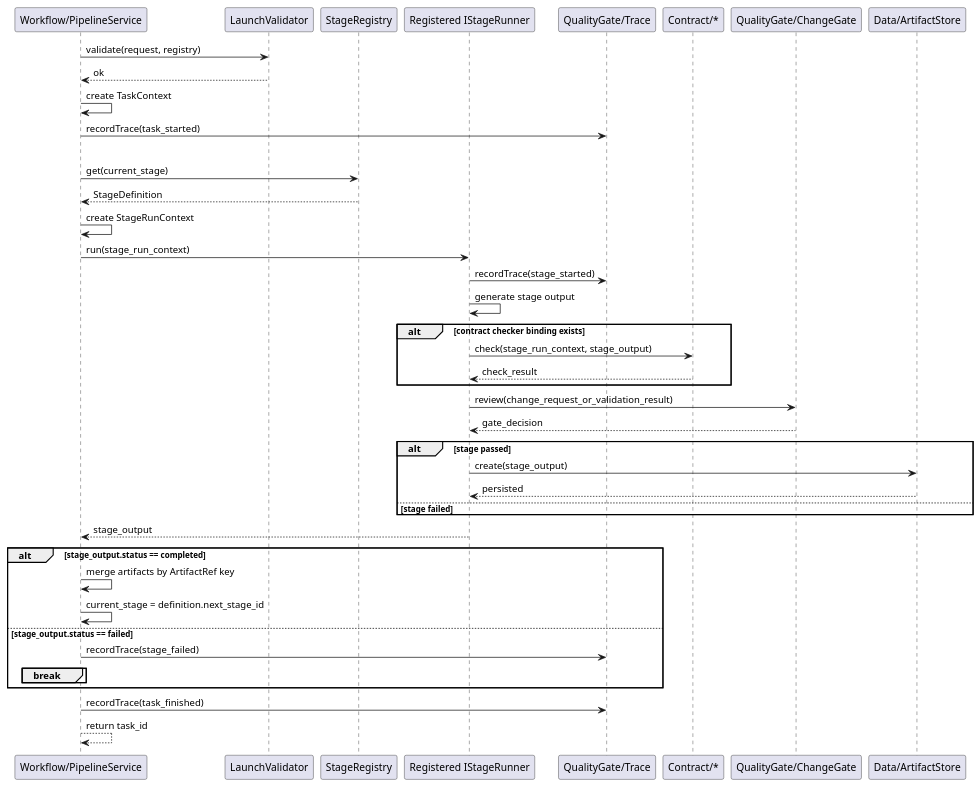
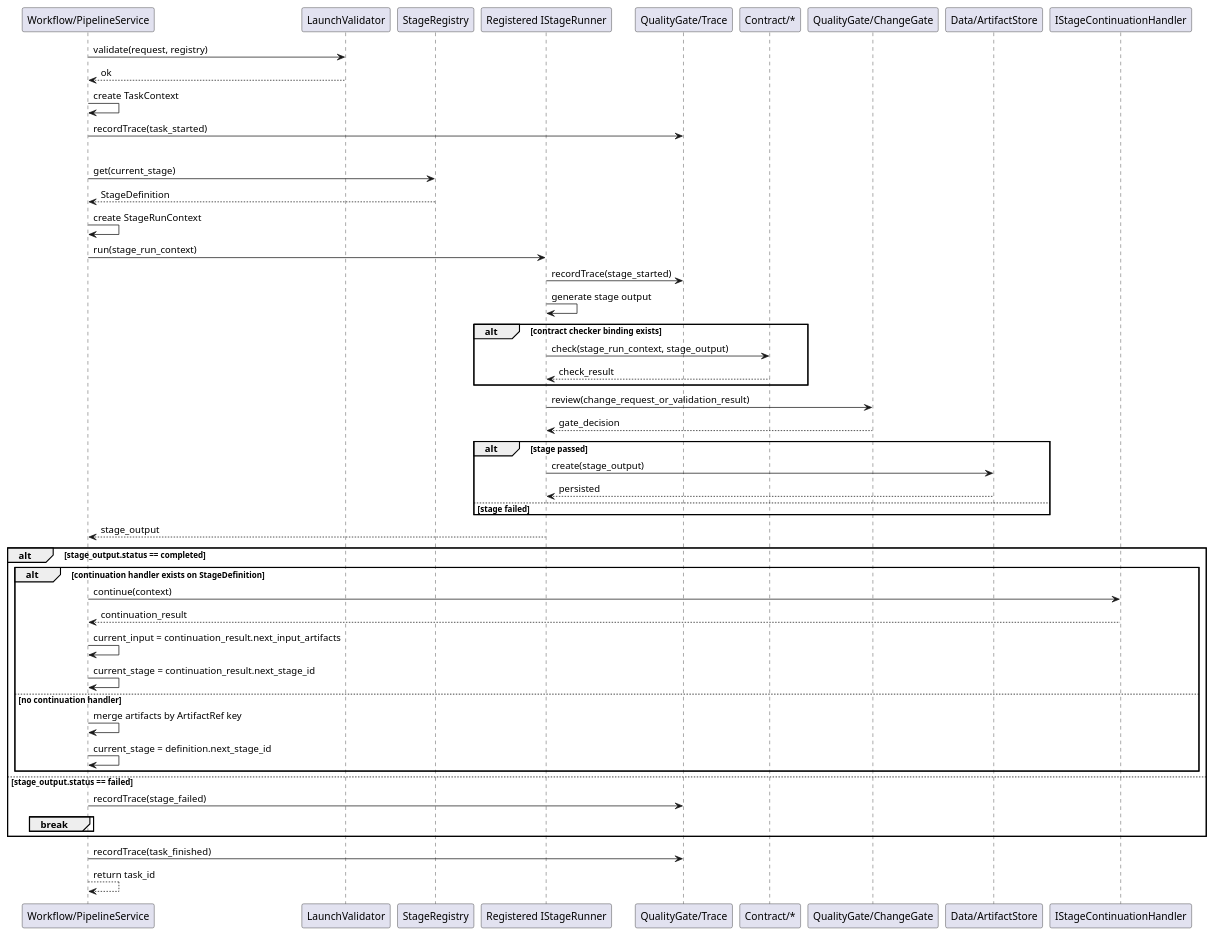
One commit to lucky-chen/ai_workflow_travel changed the third of 5 diagrams in meta_layer/docs/design_docs/Workflow/Pipeline.md. Above: the diagram before and after it, drawn with PlantUML. The commit also changed other lines of this file and 10 other files, not shown here.

First line of the commit message:
[AI] gpt-5.4: add stage-defined pipeline continuation

````diff
--- a/meta_layer/docs/design_docs/Workflow/Pipeline.md
+++ b/meta_layer/docs/design_docs/Workflow/Pipeline.md
@@ -258,51 +259,58 @@
 ```plantuml
 @startuml
 participant PipelineService as "Workflow/PipelineService"
 participant LaunchValidator
 participant StageRegistry
 participant IStageRunner as "Registered IStageRunner"
 participant ITraceRecorder as "QualityGate/Trace"
 participant IContractChecker as "Contract/*"
 participant IChangeGate as "QualityGate/ChangeGate"
 participant IArtifactStore as "Data/ArtifactStore"
 
 PipelineService -> LaunchValidator: validate(request, registry)
 LaunchValidator --> PipelineService: ok
 PipelineService -> PipelineService: create TaskContext
 PipelineService -> ITraceRecorder: recordTrace(task_started)
 
 loop for each stage
   PipelineService -> StageRegistry: get(current_stage)
   StageRegistry --> PipelineService: StageDefinition
   PipelineService -> PipelineService: create StageRunContext
   PipelineService -> IStageRunner: run(stage_run_context)
   IStageRunner -> ITraceRecorder: recordTrace(stage_started)
   IStageRunner -> IStageRunner: generate stage output
   alt contract checker binding exists
     IStageRunner -> IContractChecker: check(stage_run_context, stage_output)
     IContractChecker --> IStageRunner: check_result
   end
   IStageRunner -> IChangeGate: review(change_request_or_validation_result)
   IChangeGate --> IStageRunner: gate_decision
 
   alt stage passed
   IStageRunner -> IArtifactStore: create(stage_output)
   IArtifactStore --> IStageRunner: persisted
   else stage failed
   end
 
   IStageRunner --> PipelineService: stage_output
 
   alt stage_output.status == completed
-    PipelineService -> PipelineService: merge artifacts by ArtifactRef key
-    PipelineService -> PipelineService: current_stage = definition.next_stage_id
+    alt continuation handler exists on StageDefinition
+      PipelineService -> IStageContinuationHandler: continue(context)
+      IStageContinuationHandler --> PipelineService: continuation_result
+      PipelineService -> PipelineService: current_input = continuation_result.next_input_artifacts
+      PipelineService -> PipelineService: current_stage = continuation_result.next_stage_id
+    else no continuation handler
+      PipelineService -> PipelineService: merge artifacts by ArtifactRef key
+      PipelineService -> PipelineService: current_stage = definition.next_stage_id
+    end
   else stage_output.status == failed
     PipelineService -> ITraceRecorder: recordTrace(stage_failed)
     break
   end
 end
 
 PipelineService -> ITraceRecorder: recordTrace(task_finished)
 PipelineService --> PipelineService: return task_id
 @enduml
 ```
````
